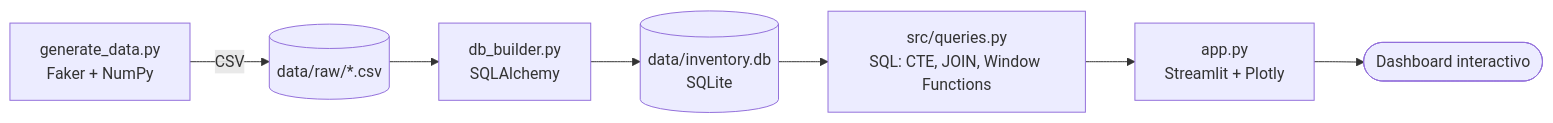
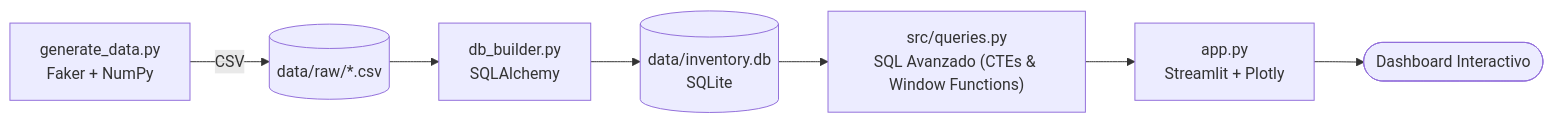
Before and after one commit to GabrielCrack/autoparts-inventory-analytics: the first of 2 diagrams in README.md, drawn with Mermaid. The commit also changed other lines of this file, not shown here.

Commit message:
docs: actualizar README con enfoque ejecutivo y diagramas optimizados

````diff
--- a/README.md
+++ b/README.md
@@ -26,9 +21,9 @@
 ```mermaid
 flowchart LR
     A["generate_data.py<br/>Faker + NumPy"] -->|CSV| B[("data/raw/*.csv")]
     B --> C["db_builder.py<br/>SQLAlchemy"]
     C --> D[("data/inventory.db<br/>SQLite")]
-    D --> E["src/queries.py<br/>SQL: CTE, JOIN, Window Functions"]
+    D --> E["src/queries.py<br/>SQL Avanzado (CTEs & Window Functions)"]
     E --> F["app.py<br/>Streamlit + Plotly"]
-    F --> G(["Dashboard interactivo"])
+    F --> G(["Dashboard Interactivo"])
 ```
````
